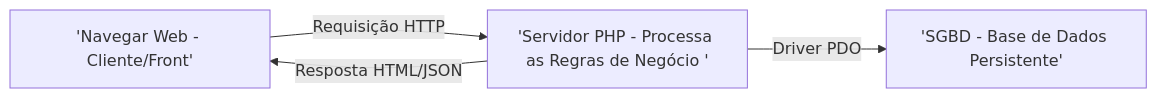
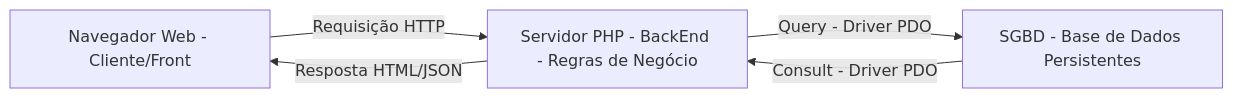
One commit to FelipeScalfi/BackEnd changed the tenth of 18 diagrams in README.md. Above: the diagram before and after it, drawn with Mermaid. The commit also changed other lines of this file and 12 other files, not shown here.

````diff
--- a/README.md
+++ b/README.md
@@ -1131,10 +1139,11 @@
 ```mermaid
 flowchart LR
-    navegador['Navegar Web - Cliente/Front']
-    servidor['Servidor PHP - Processa as Regras de Negócio ']
-    banco['SGBD - Base de Dados Persistente'] 
+    navegador[Navegador Web - Cliente/Front]
+    servidor[Servidor PHP - BackEnd - Regras de Negócio]
+    banco[SGBD - Base de Dados Persistentes]
 
     navegador --> |"Requisição HTTP"| servidor
-    servidor --> |"Driver PDO"| banco
+    servidor --> |"Query - Driver PDO"| banco
+    banco --> |"Consult - Driver PDO"| servidor
     servidor --> |"Resposta HTML/JSON"| navegador
 ```
````
